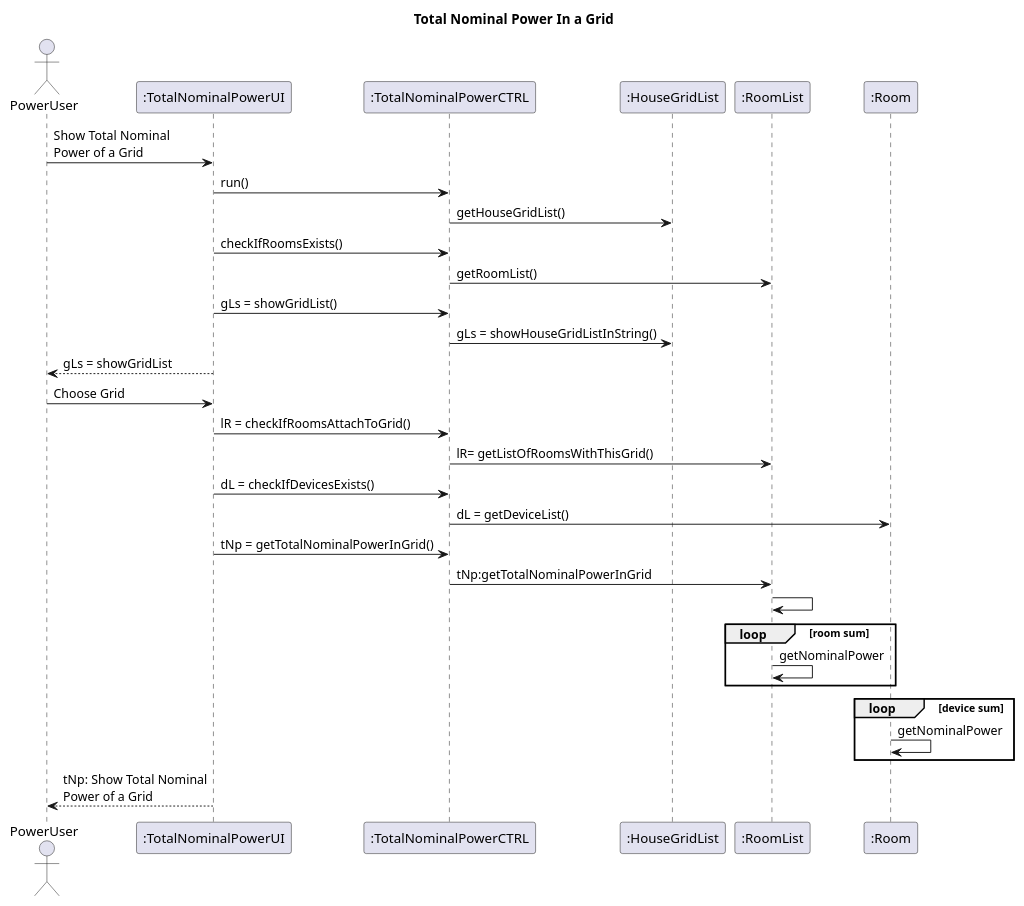
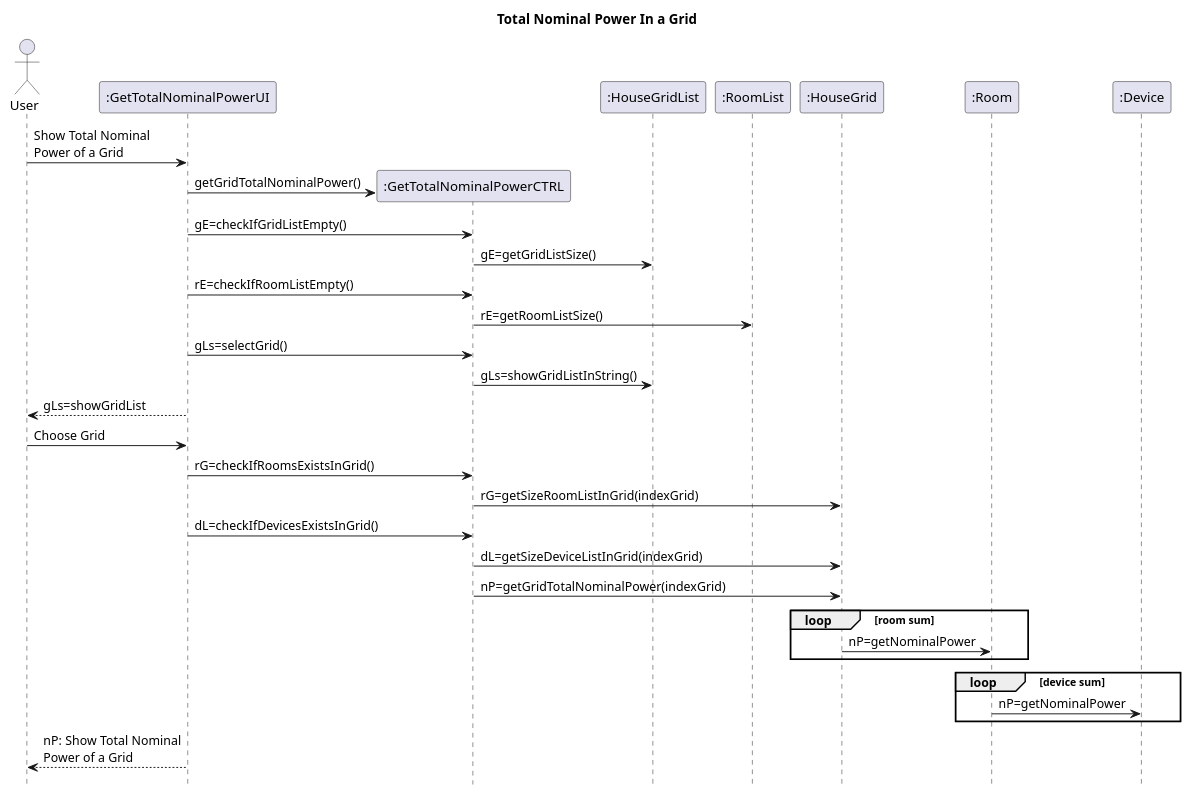
One commit to emanuel-pereira/hou changed the diagram in src/main/java/smarthome/uml/sequencediagrams/TotalNominalPowerInGrid.puml. Above: the diagram before and after it, drawn with PlantUML.

Commit message:
Fix TotalNominalPowerInGrid sequence diagram Close#85

```diff
--- a/src/main/java/smarthome/uml/sequencediagrams/TotalNominalPowerInGrid.puml
+++ b/src/main/java/smarthome/uml/sequencediagrams/TotalNominalPowerInGrid.puml
@@ -1,34 +1,39 @@
 @startuml
 title Total Nominal Power In a Grid
-actor PowerUser
+hidefootbox
+actor User
 
-PowerUser -> ":TotalNominalPowerUI": Show Total Nominal\nPower of a Grid
-":TotalNominalPowerUI" -> ":TotalNominalPowerCTRL": run()
-":TotalNominalPowerCTRL" -> ":HouseGridList": getHouseGridList()
-":TotalNominalPowerUI" -> ":TotalNominalPowerCTRL": checkIfRoomsExists()
-":TotalNominalPowerCTRL" -> ":RoomList": getRoomList()
-":TotalNominalPowerUI" -> ":TotalNominalPowerCTRL": gLs = showGridList()
-":TotalNominalPowerCTRL" -> ":HouseGridList": gLs = showHouseGridListInString()
-":TotalNominalPowerUI" --> PowerUser: gLs = showGridList
-PowerUser -> ":TotalNominalPowerUI": Choose Grid
-":TotalNominalPowerUI" -> ":TotalNominalPowerCTRL": lR = checkIfRoomsAttachToGrid()
-":TotalNominalPowerCTRL" -> ":RoomList": lR= getListOfRoomsWithThisGrid()
-":TotalNominalPowerUI" -> ":TotalNominalPowerCTRL": dL = checkIfDevicesExists()
-":TotalNominalPowerCTRL" -> ":Room": dL = getDeviceList()
-":TotalNominalPowerUI" -> ":TotalNominalPowerCTRL": tNp = getTotalNominalPowerInGrid()
-":TotalNominalPowerCTRL" -> ":RoomList": tNp:getTotalNominalPowerInGrid
-	    	    ":RoomList" -> ":RoomList"
+User -> ":GetTotalNominalPowerUI": Show Total Nominal\nPower of a Grid
+create ":GetTotalNominalPowerCTRL"
+":GetTotalNominalPowerUI" -> ":GetTotalNominalPowerCTRL": getGridTotalNominalPower()
 
+":GetTotalNominalPowerUI" -> ":GetTotalNominalPowerCTRL": gE=checkIfGridListEmpty()
+":GetTotalNominalPowerCTRL" -> ":HouseGridList": gE=getGridListSize()
+
+":GetTotalNominalPowerUI" -> ":GetTotalNominalPowerCTRL": rE=checkIfRoomListEmpty()
+":GetTotalNominalPowerCTRL" -> ":RoomList": rE=getRoomListSize()
+
+":GetTotalNominalPowerUI" -> ":GetTotalNominalPowerCTRL": gLs=selectGrid()
+":GetTotalNominalPowerCTRL" -> ":HouseGridList": gLs=showGridListInString()
+":GetTotalNominalPowerUI" --> User: gLs=showGridList
+User -> ":GetTotalNominalPowerUI": Choose Grid
+
+":GetTotalNominalPowerUI" -> ":GetTotalNominalPowerCTRL": rG=checkIfRoomsExistsInGrid()
+":GetTotalNominalPowerCTRL" -> ":HouseGrid": rG=getSizeRoomListInGrid(indexGrid)
+
+":GetTotalNominalPowerUI" -> ":GetTotalNominalPowerCTRL": dL=checkIfDevicesExistsInGrid()
+":GetTotalNominalPowerCTRL" -> ":HouseGrid": dL=getSizeDeviceListInGrid(indexGrid)
+
+":GetTotalNominalPowerCTRL" -> ":HouseGrid": nP=getGridTotalNominalPower(indexGrid)
 loop room sum
-   	   	    ":RoomList" -> ":RoomList": getNominalPower
+    ":HouseGrid" -> ":Room": nP=getNominalPower
    end
 
  loop device sum
-   	   	    ":Room" -> ":Room": getNominalPower
+    ":Room" -> ":Device": nP=getNominalPower
    end
-
-":TotalNominalPowerUI" -->PowerUser: tNp: Show Total Nominal\nPower of a Grid
+":GetTotalNominalPowerUI" -->User: nP: Show Total Nominal\nPower of a Grid
 
 
 
 @enduml
```
